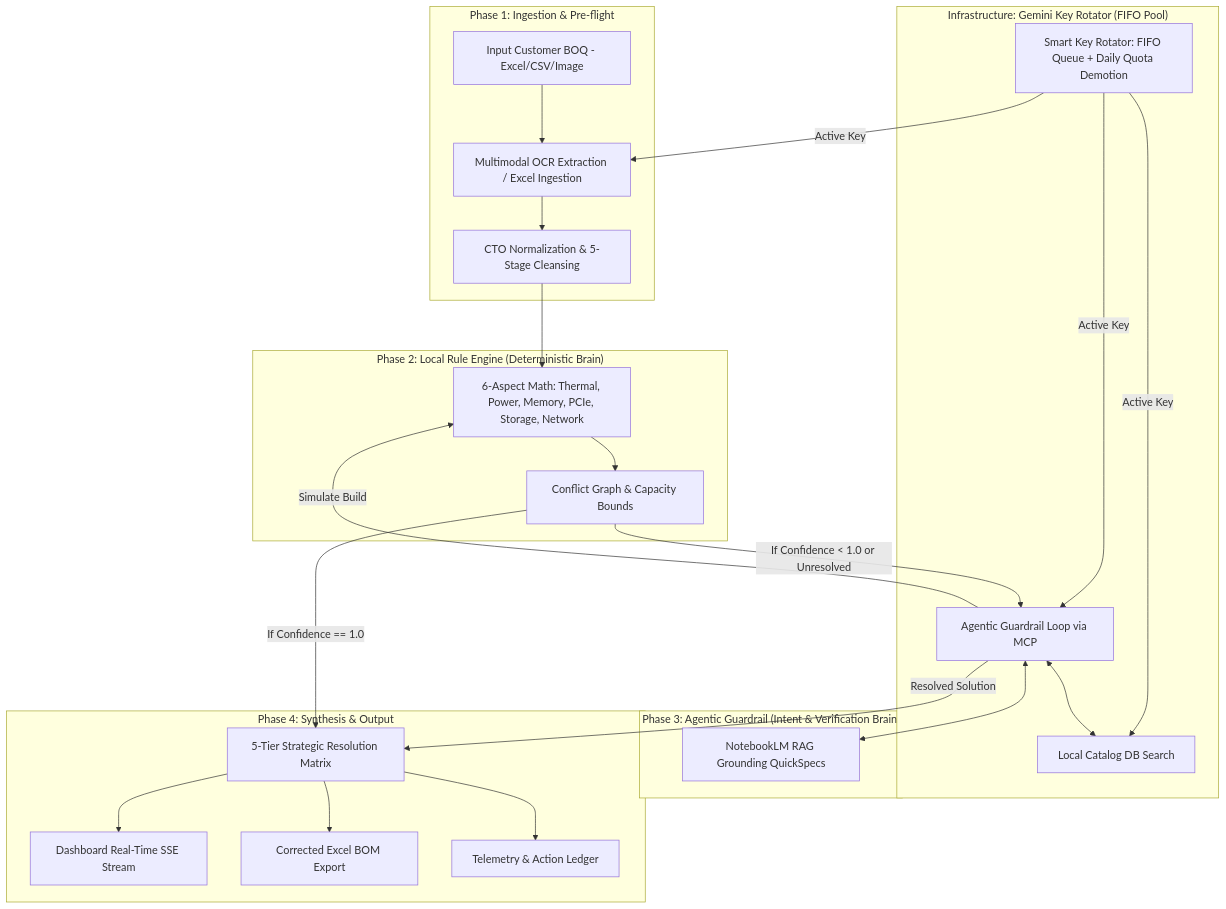
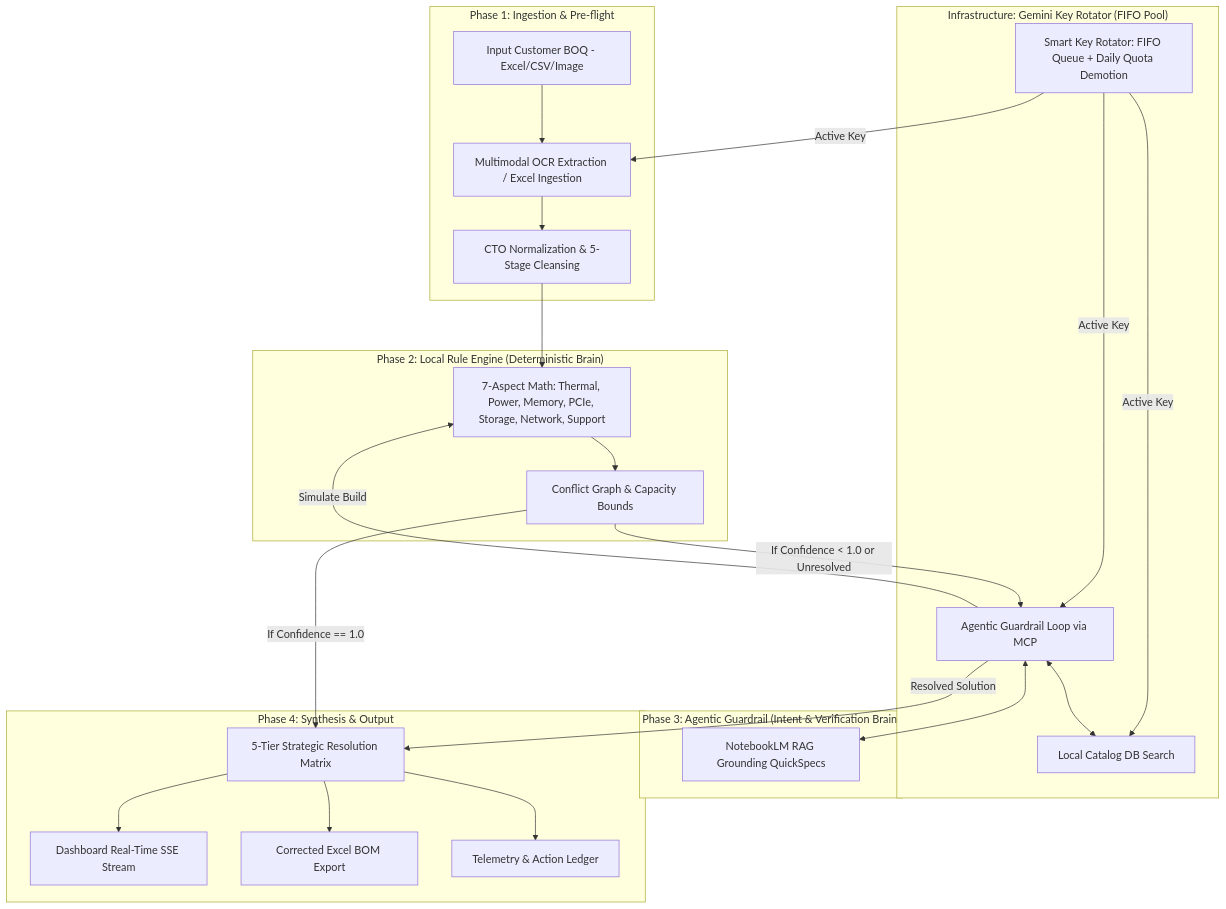
Before and after one commit to vinodhsubramanian123/updatedVendorScrapingNotebook-v2: the first of 5 diagrams in docs/ARCHITECTURE_AND_DESIGN.md, drawn with Mermaid. The commit also changed other lines of this file and 66 other files, not shown here.

````diff
--- a/docs/ARCHITECTURE_AND_DESIGN.md
+++ b/docs/ARCHITECTURE_AND_DESIGN.md
@@ -6,29 +6,29 @@
 ```mermaid
 graph TD
     subgraph "Phase 1: Ingestion & Pre-flight"
         A[Input Customer BOQ - Excel/CSV/Image] --> B[Multimodal OCR Extraction / Excel Ingestion]
         B --> C[CTO Normalization & 5-Stage Cleansing]
     end
     subgraph "Infrastructure: Gemini Key Rotator (FIFO Pool)"
         KR[Smart Key Rotator: FIFO Queue + Daily Quota Demotion] -->|Active Key| B
         KR -->|Active Key| E[Agentic Guardrail Loop via MCP]
         KR -->|Active Key| G[Local Catalog DB Search]
     end
     subgraph "Phase 2: Local Rule Engine (Deterministic Brain)"
-        C --> D[6-Aspect Math: Thermal, Power, Memory, PCIe, Storage, Network]
+        C --> D[7-Aspect Math: Thermal, Power, Memory, PCIe, Storage, Network, Support]
         D --> CG[Conflict Graph & Capacity Bounds]
     end
     subgraph "Phase 3: Agentic Guardrail (Intent & Verification Brain)"
         CG -->|If Confidence < 1.0 or Unresolved| E
         E <--> F[NotebookLM RAG Grounding QuickSpecs]
         E <--> G
         E -->|Simulate Build| D
     end
     subgraph "Phase 4: Synthesis & Output"
         CG -->|If Confidence == 1.0| H[5-Tier Strategic Resolution Matrix]
         E -->|Resolved Solution| H
         H --> I[Dashboard Real-Time SSE Stream]
         H --> J[Corrected Excel BOM Export]
         H --> K[Telemetry & Action Ledger]
     end
 ```
````
